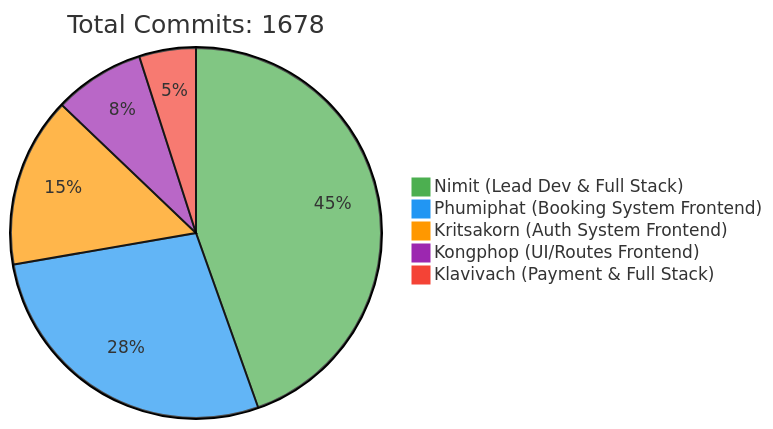
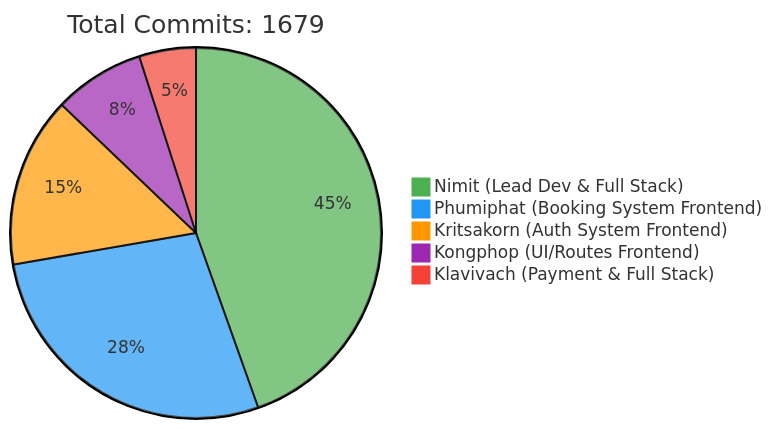
Before and after one commit to 6531503042/Sport-Complex: the first of 2 diagrams in README.md, drawn with Mermaid. The commit also changed other lines of this file, not shown here.

Commit message:
docs: Update contributor statistics [skip ci]

````diff
--- a/README.md
+++ b/README.md
@@ -257,10 +257,10 @@
 ```mermaid
 %%{init: {'theme': 'base', 'themeVariables': { 'pie1': '#4CAF50', 'pie2': '#2196F3', 'pie3': '#FF9800', 'pie4': '#9C27B0', 'pie5': '#F44336'}}}%%
 pie
-    title Total Commits: 1678
+    title Total Commits: 1679
     "Nimit (Lead Dev & Full Stack)" : 450
     "Phumiphat (Booking System Frontend)" : 280
     "Kritsakorn (Auth System Frontend)" : 150
     "Kongphop (UI/Routes Frontend)" : 80
     "Klavivach (Payment & Full Stack)" : 50
 ```
````
